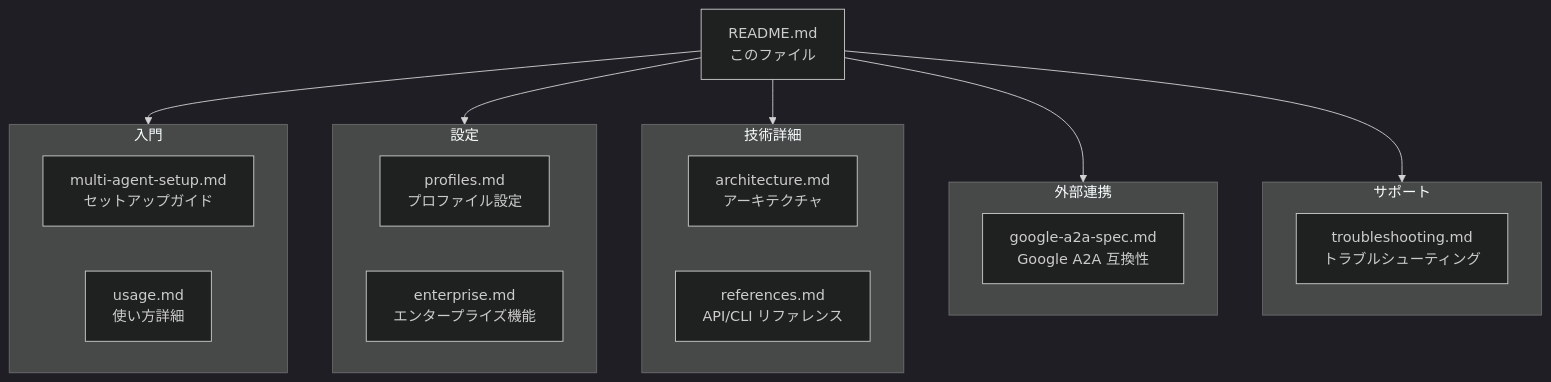
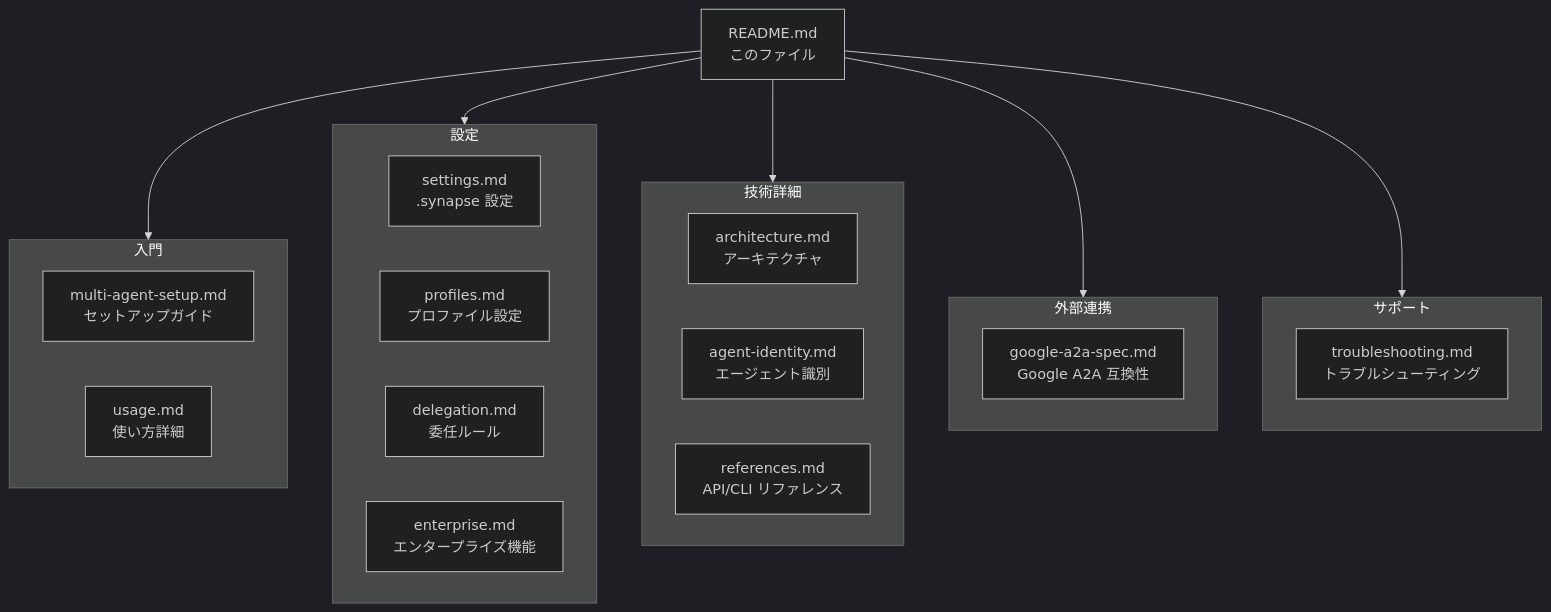
The diagram in guides/README.md (s-hiraoku/synapse-a2a), drawn with Mermaid (dark theme) before and after one commit. The commit also changed other lines of this file and 5 other files, not shown here.

````diff
--- a/guides/README.md
+++ b/guides/README.md
@@ -26,33 +26,36 @@
 ```mermaid
 flowchart TD
     README["README.md<br/>このファイル"]
 
     subgraph Getting_Started["入門"]
         Setup["multi-agent-setup.md<br/>セットアップガイド"]
         Usage["usage.md<br/>使い方詳細"]
     end
 
     subgraph Configuration["設定"]
+        Settings["settings.md<br/>.synapse 設定"]
         Profiles["profiles.md<br/>プロファイル設定"]
+        Delegation["delegation.md<br/>委任ルール"]
         Enterprise["enterprise.md<br/>エンタープライズ機能"]
     end
 
     subgraph Technical["技術詳細"]
         Arch["architecture.md<br/>アーキテクチャ"]
+        Identity["agent-identity.md<br/>エージェント識別"]
         Refs["references.md<br/>API/CLI リファレンス"]
     end
 
     subgraph External["外部連携"]
         Google["google-a2a-spec.md<br/>Google A2A 互換性"]
     end
 
     subgraph Support["サポート"]
         Trouble["troubleshooting.md<br/>トラブルシューティング"]
     end
 
     README --> Getting_Started
     README --> Configuration
     README --> Technical
     README --> External
     README --> Support
 ```
````
